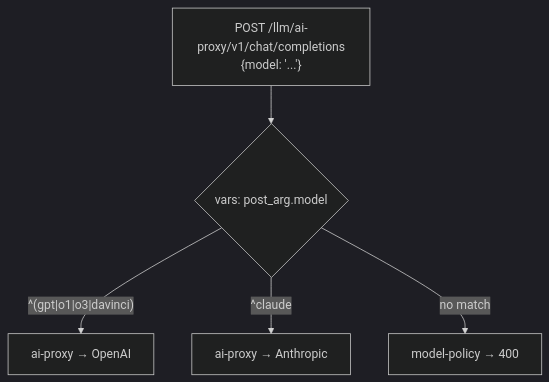
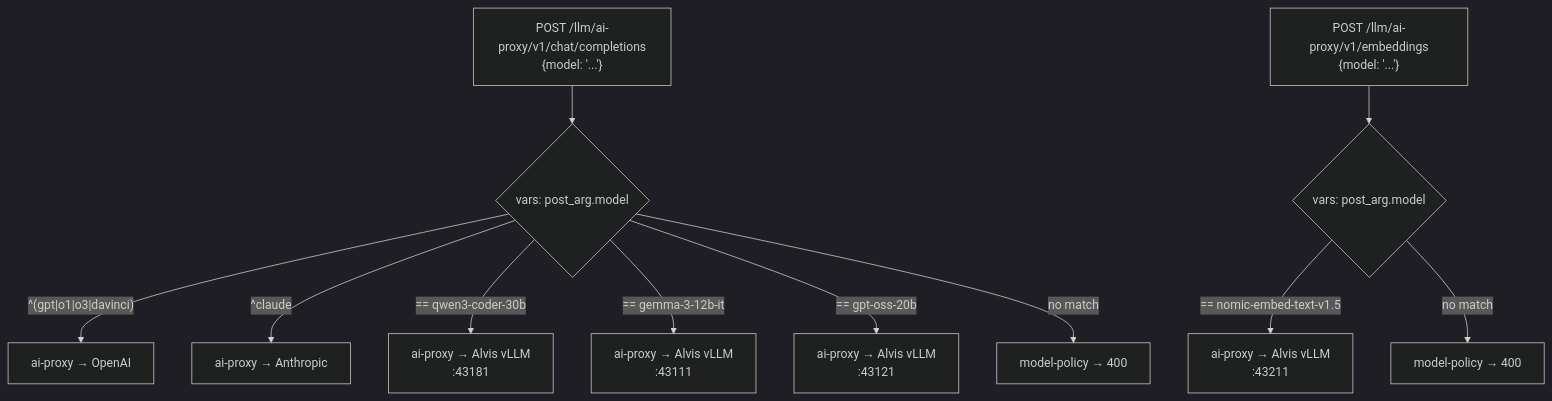
One commit to wikefjol/prod-gateway changed the diagram in docs/diagrams/model-routing.md. Above: the diagram before and after it, drawn with Mermaid (dark theme). The commit also changed 12 other files, not shown here.

First line of the commit message:
feat: add Alvis vLLM models to gateway (#57)

````diff
--- a/docs/diagrams/model-routing.md
+++ b/docs/diagrams/model-routing.md
@@ -3,10 +3,18 @@
 ```mermaid
 flowchart TD
     REQ["POST /llm/ai-proxy/v1/chat/completions<br/>{model: '...'}"]
 
     REQ --> MATCH{vars: post_arg.model}
 
     MATCH -->|"^(gpt|o1|o3|davinci)"| OPENAI[ai-proxy → OpenAI]
     MATCH -->|"^claude"| ANTHROPIC[ai-proxy → Anthropic]
+    MATCH -->|"== qwen3-coder-30b"| VLLM1["ai-proxy → Alvis vLLM<br/>:43181"]
+    MATCH -->|"== gemma-3-12b-it"| VLLM2["ai-proxy → Alvis vLLM<br/>:43111"]
+    MATCH -->|"== gpt-oss-20b"| VLLM3["ai-proxy → Alvis vLLM<br/>:43121"]
     MATCH -->|no match| REJECT[model-policy → 400]
+
+    EMBED["POST /llm/ai-proxy/v1/embeddings<br/>{model: '...'}"]
+    EMBED --> EMATCH{vars: post_arg.model}
+    EMATCH -->|"== nomic-embed-text-v1.5"| VLLM4["ai-proxy → Alvis vLLM<br/>:43211"]
+    EMATCH -->|no match| EREJECT[model-policy → 400]
 ```
````
